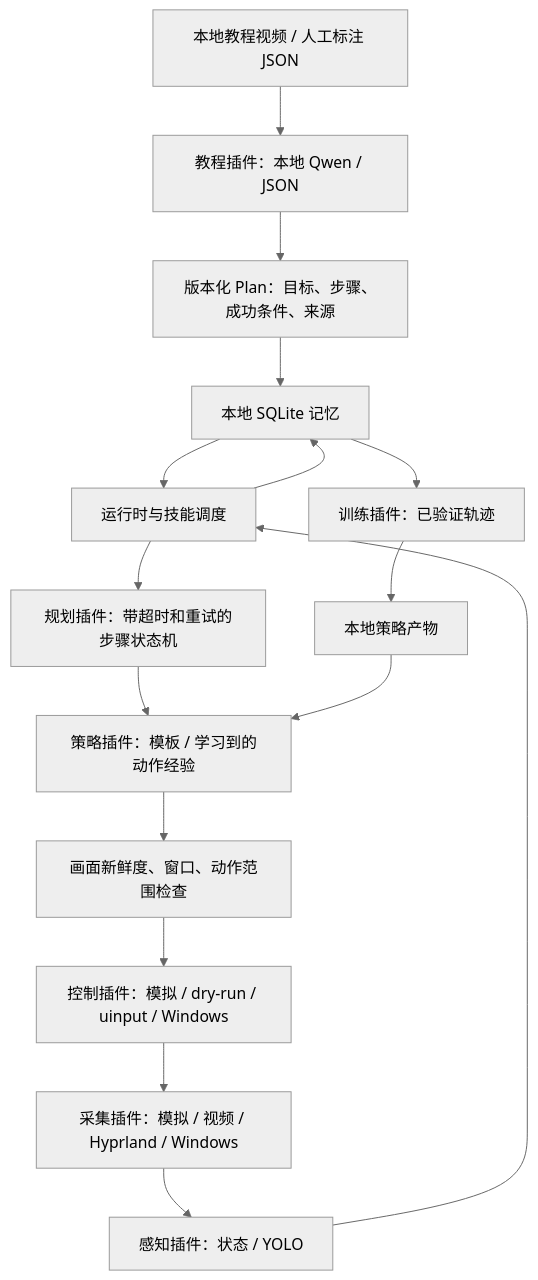
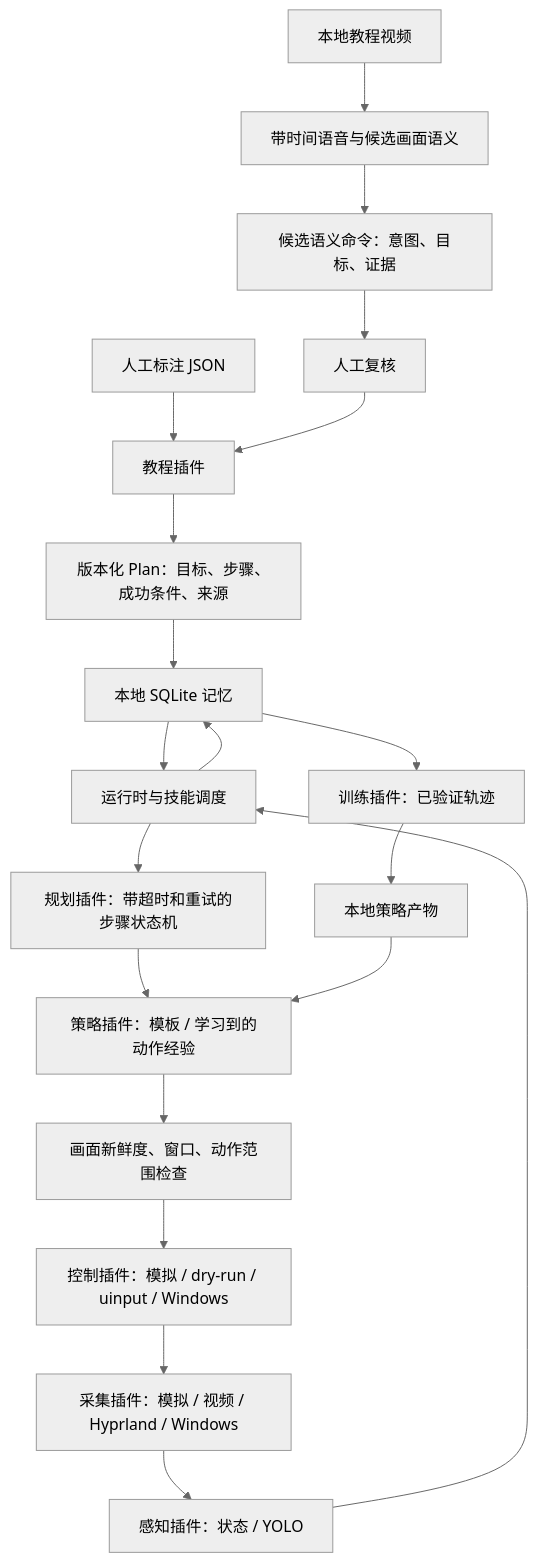
Before and after one commit to WangBreeze/yolo-ys: the diagram in docs/architecture.md, drawn with Mermaid (neutral theme). The commit also changed other lines of this file and 18 other files, not shown here.

Commit message:
Add Genshin tutorial command review workflow

````diff
--- a/docs/architecture.md
+++ b/docs/architecture.md
@@ -11,18 +13,22 @@
 ```mermaid
 flowchart TD
-    video[本地教程视频 / 人工标注 JSON] --> tutorial[教程插件：本地 Qwen / JSON]
+    video[本地教程视频] --> semantic[带时间语音与候选画面语义]
+    semantic --> command[候选语义命令：意图、目标、证据]
+    command --> review[人工复核]
+    annotated[人工标注 JSON] --> tutorial[教程插件]
+    review --> tutorial
     tutorial --> plan[版本化 Plan：目标、步骤、成功条件、来源]
     plan --> memory[本地 SQLite 记忆]
     memory --> runtime[运行时与技能调度]
     capture[采集插件：模拟 / 视频 / Hyprland / Windows] --> perception[感知插件：状态 / YOLO]
     perception --> runtime
     runtime --> planner[规划插件：带超时和重试的步骤状态机]
     planner --> policy[策略插件：模板 / 学习到的动作经验]
     policy --> guard[画面新鲜度、窗口、动作范围检查]
     guard --> controller[控制插件：模拟 / dry-run / uinput / Windows]
     controller --> capture
     runtime --> memory
     memory --> learner[训练插件：已验证轨迹]
     learner --> artifact[本地策略产物]
     artifact --> policy
 ```
````
